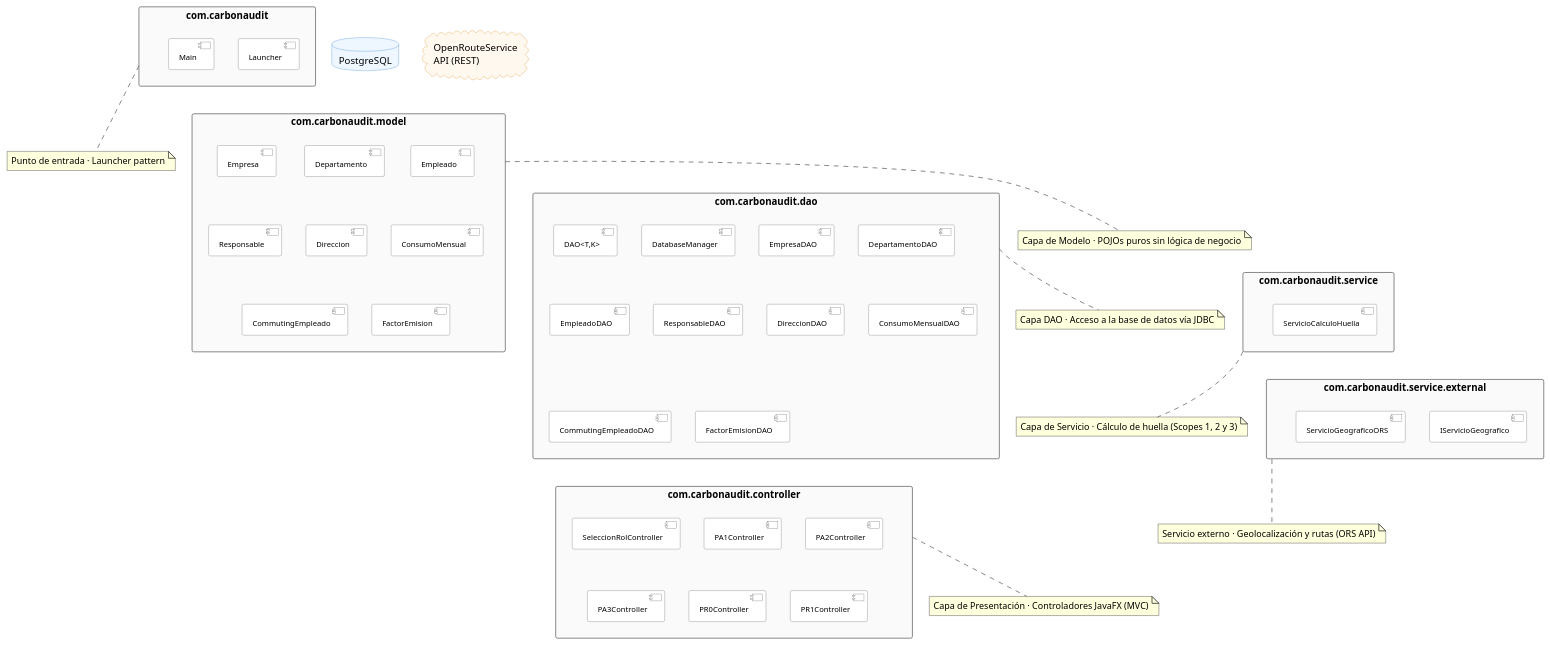
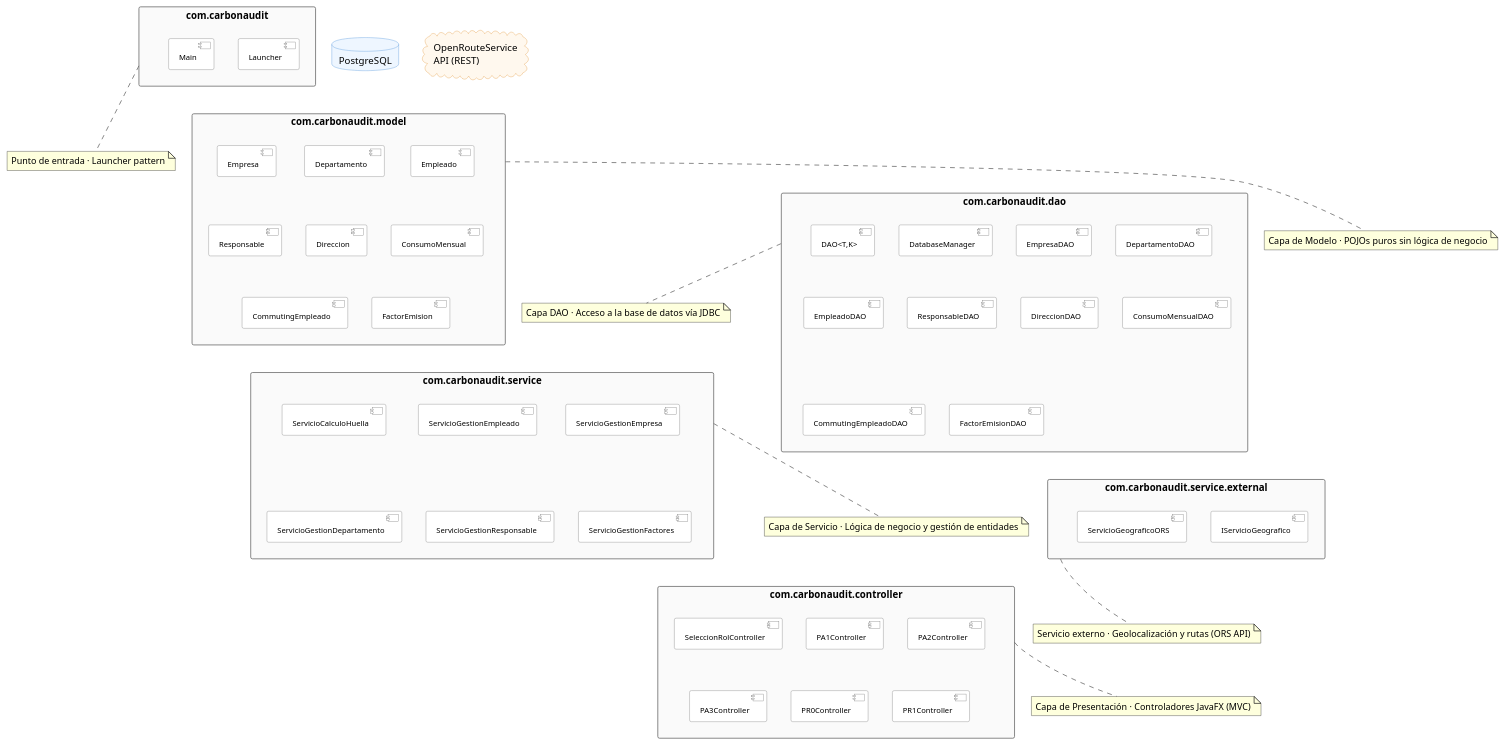
The diagram in docs/diagrams/diagrama_paquetes.puml (noeparamenos/carbonAudit_manager), drawn with PlantUML before and after one commit. The commit also changed 11 other files, not shown here.

```diff
--- a/docs/diagrams/diagrama_paquetes.puml
+++ b/docs/diagrams/diagrama_paquetes.puml
@@ -1,100 +1,105 @@
 @startuml Diagrama de Paquetes - CarbonAudit Manager
 
 top to bottom direction
 skinparam packageStyle rectangle
 skinparam package {
     BackgroundColor #FAFAFA
     BorderColor #555
     FontStyle bold
 }
 skinparam component {
     BackgroundColor White
     BorderColor #777
     FontSize 11
 }
 skinparam database {
     BackgroundColor #EEF6FF
     BorderColor #4A90D9
 }
 skinparam cloud {
     BackgroundColor #FFF8EE
     BorderColor #E0963A
 }
 skinparam arrow {
     Color #555
     FontSize 10
 }
 skinparam shadowing false
 
 ' ========================= PAQUETES INTERNOS =========================
 
 package "com.carbonaudit" as Root {
     [Launcher]
     [Main]
 }
 
 package "com.carbonaudit.model" as Model {
     [Empresa]
     [Departamento]
     [Empleado]
     [Responsable]
     [Direccion]
     [ConsumoMensual]
     [CommutingEmpleado]
     [FactorEmision]
 }
 
 package "com.carbonaudit.dao" as Dao {
     [DAO<T,K>]
     [DatabaseManager]
     [EmpresaDAO]
     [DepartamentoDAO]
     [EmpleadoDAO]
     [ResponsableDAO]
     [DireccionDAO]
     [ConsumoMensualDAO]
     [CommutingEmpleadoDAO]
     [FactorEmisionDAO]
 }
 
 package "com.carbonaudit.service" as Service {
     [ServicioCalculoHuella]
+    [ServicioGestionEmpleado]
+    [ServicioGestionEmpresa]
+    [ServicioGestionDepartamento]
+    [ServicioGestionResponsable]
+    [ServicioGestionFactores]
 }
 
 package "com.carbonaudit.service.external" as ServiceExt {
     [IServicioGeografico]
     [ServicioGeograficoORS]
 }
 
 package "com.carbonaudit.controller" as Controller {
     [SeleccionRolController]
     [PA1Controller]
     [PA2Controller]
     [PA3Controller]
     [PR0Controller]
     [PR1Controller]
 }
 
 ' ========================= SISTEMAS EXTERNOS =========================
 
 database "PostgreSQL" as DB
 cloud "OpenRouteService\nAPI (REST)" as ORS
 
 ' ========================= ORDEN VERTICAL (enlaces ocultos) ==========
 
 Root       -[hidden]d-> Model
 Model      -[hidden]d-> Dao
 Dao        -[hidden]d-> Service
 Service    -[hidden]d-> ServiceExt
 ServiceExt -[hidden]d-> Controller
 
 ' ========================= NOTAS DESCRIPTIVAS =========================
 
 note bottom of Root       : Punto de entrada · Launcher pattern
 note bottom of Model      : Capa de Modelo · POJOs puros sin lógica de negocio
 note bottom of Dao        : Capa DAO · Acceso a la base de datos vía JDBC
-note bottom of Service    : Capa de Servicio · Cálculo de huella (Scopes 1, 2 y 3)
+note bottom of Service    : Capa de Servicio · Lógica de negocio y gestión de entidades
 note bottom of ServiceExt : Servicio externo · Geolocalización y rutas (ORS API)
 note bottom of Controller : Capa de Presentación · Controladores JavaFX (MVC)
 
 @enduml
```
